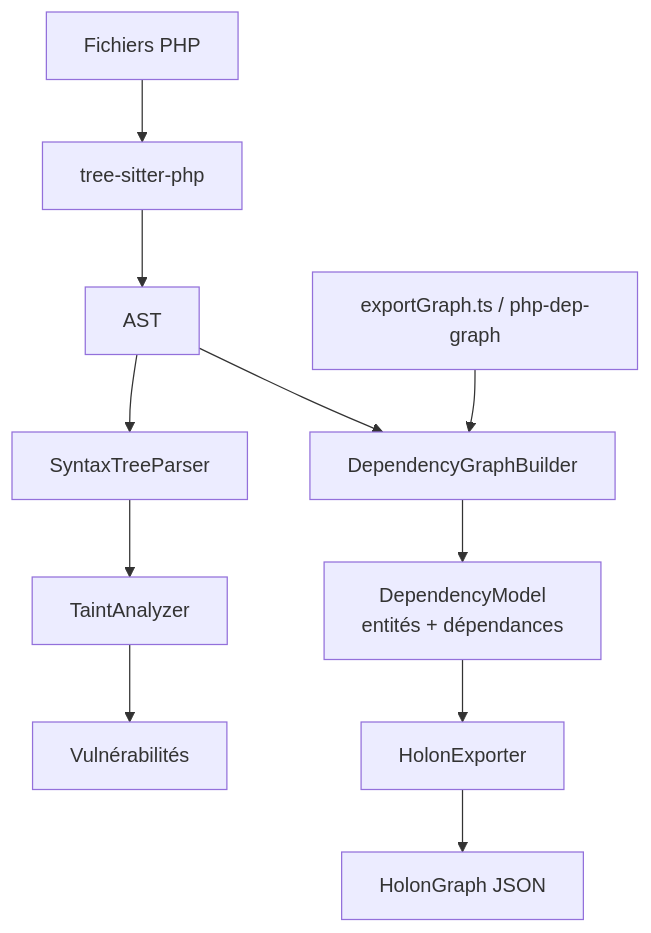
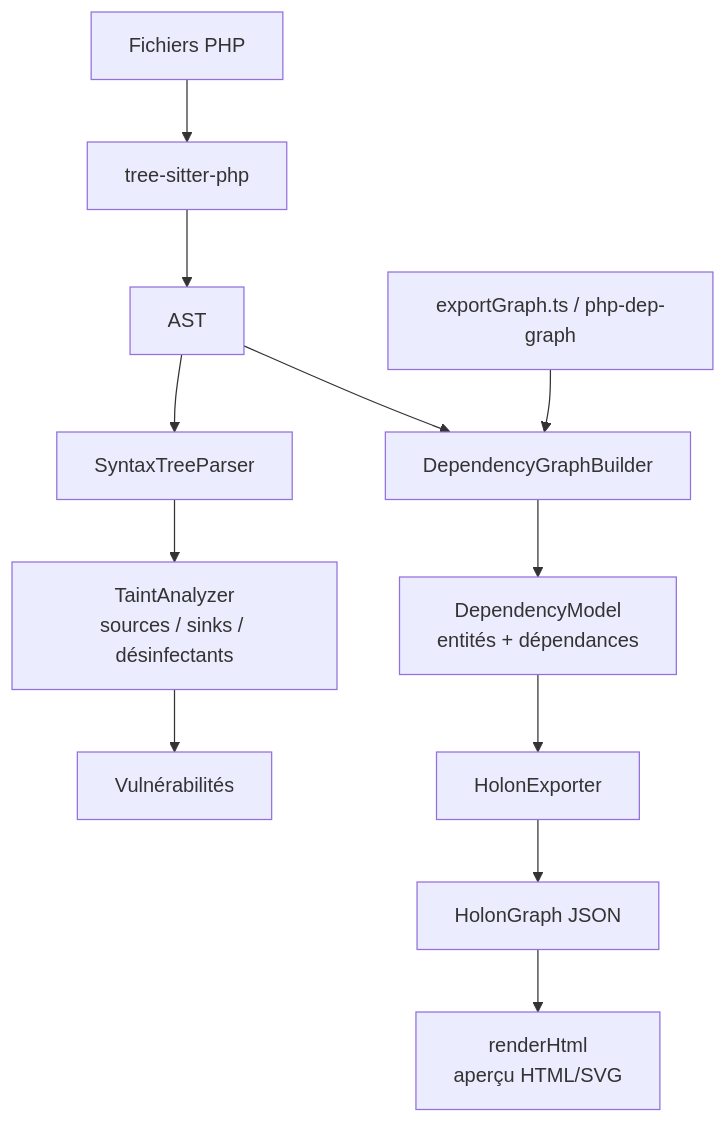
One commit to venantvr-security/typescript.PHP.Sec.Scan changed the second of 2 diagrams in CLAUDE.md. Above: the diagram before and after it, drawn with Mermaid. The commit also changed other lines of this file and 10 other files, not shown here.

````diff
--- a/CLAUDE.md
+++ b/CLAUDE.md
@@ -50,16 +50,17 @@
 ```mermaid
 flowchart TD
     PHP[Fichiers PHP] --> Parser[tree-sitter-php]
     Parser --> AST[AST]
 
     AST --> STP[SyntaxTreeParser]
-    STP --> Taint[TaintAnalyzer]
+    STP --> Taint[TaintAnalyzer<br/>sources / sinks / désinfectants]
     Taint --> Vulns[Vulnérabilités]
 
     AST --> DGB[DependencyGraphBuilder]
     DGB --> Model[DependencyModel<br/>entités + dépendances]
     Model --> HE[HolonExporter]
     HE --> Graph[HolonGraph JSON]
+    Graph --> Render[renderHtml<br/>aperçu HTML/SVG]
 
     CLI[exportGraph.ts / php-dep-graph] --> DGB
 ```
````
